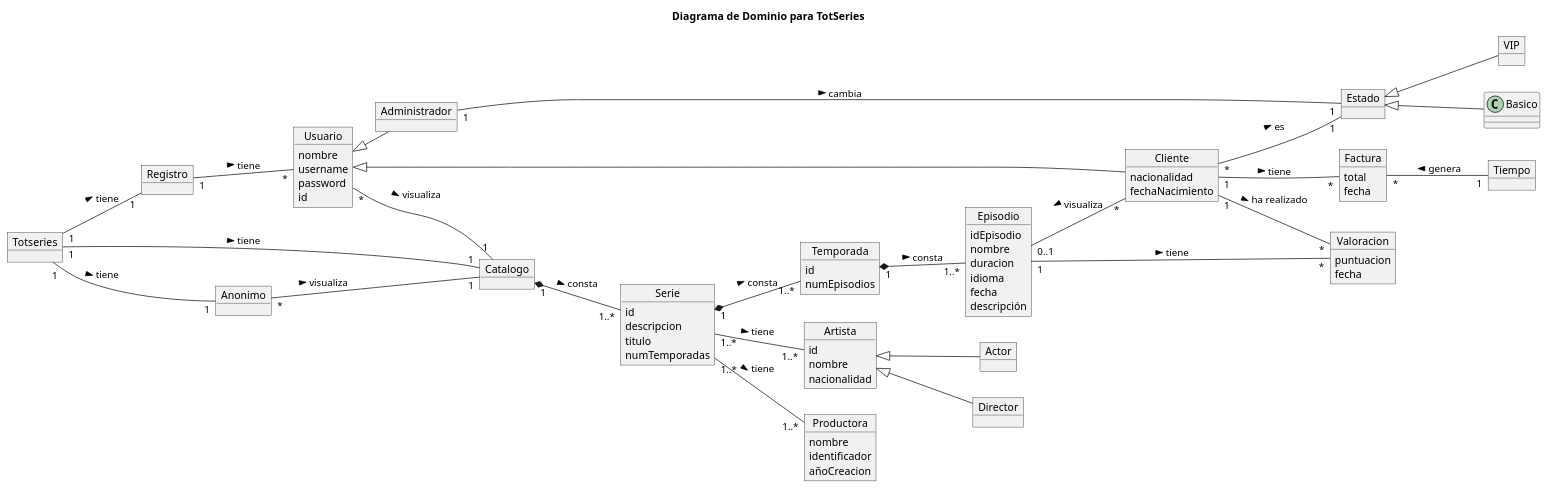
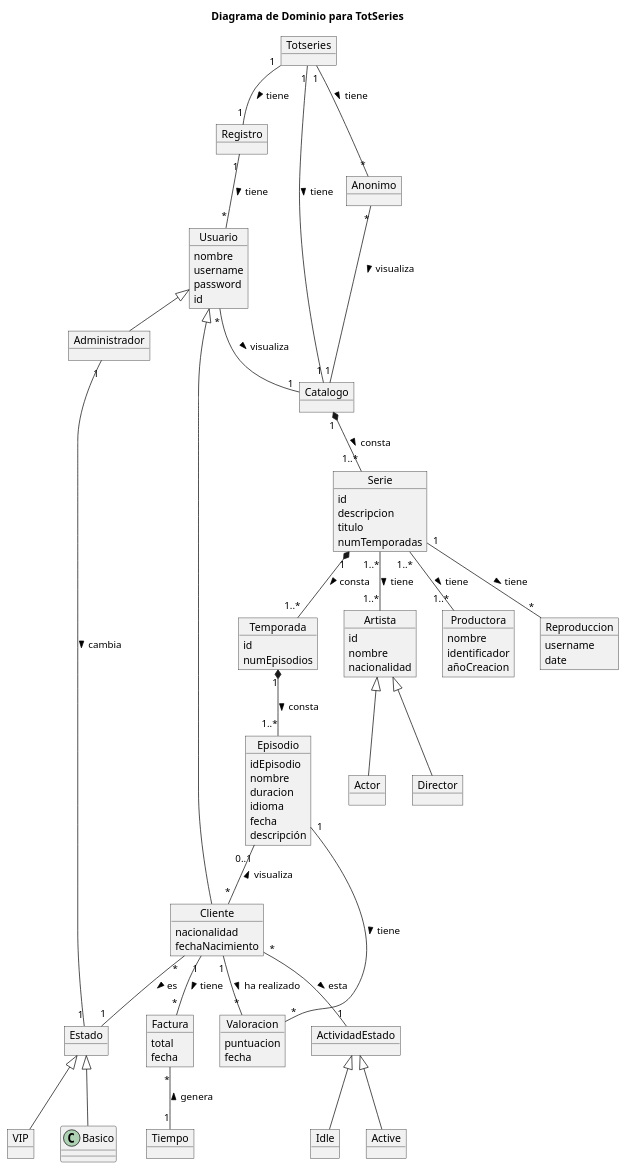
One commit to MrViciao/TotSeries changed the diagram in src/totseries/Uml/Dominio/Diagrama de dominio.puml. Above: the diagram before and after it, drawn with PlantUML. The commit also changed 5 other files, not shown here.

```diff
--- a/src/totseries/Uml/Dominio/Diagrama de dominio.puml
+++ b/src/totseries/Uml/Dominio/Diagrama de dominio.puml
@@ -1,111 +1,123 @@
 @startuml
-left to right direction
+'left to right direction
 
 title Diagrama de Dominio para TotSeries
 
 object Totseries
 
 object Episodio {
 idEpisodio
 nombre
 duracion
 idioma
 fecha
 descripción
 }
 
 object Artista {
 id
 nombre
 nacionalidad
 }
 
 object Productora {
 nombre
 identificador
 añoCreacion
 }
 
 object Cliente {
 nacionalidad
 fechaNacimiento
 }
 
 object Factura{
 total
 fecha
 }
 
 object Temporada{
 id
 numEpisodios
 }
 
 object Serie{
 id
 descripcion
 titulo
 numTemporadas
 }
 
 object Usuario{
 nombre
 username
 password
 id
 }
 
 object Anonimo{
 }
 
 object Valoracion{
 puntuacion
 fecha
 }
 
+
+object Reproduccion{
+username
+date
+}
 object Catalogo
 object Tiempo
 object VIP
+object ActividadEstado
+object Active
+object Idle
 object Administrador
 object Actor
 object Director
 object Estado
 object Registro
 
 Totseries "1" -- "1" Catalogo : tiene >
 Totseries "1" -- "1" Registro : tiene >
-Totseries "1" -- "1" Anonimo : tiene >
+Totseries "1" -- "*" Anonimo : tiene >
 
 Registro "1" -- "*" Usuario : tiene >
 Usuario <|-- Cliente
 Usuario <|- Administrador
 
 Usuario "*" -- "1" Catalogo : visualiza >
 Anonimo "*" -- "1" Catalogo : visualiza >
 
 Cliente "1" -- "*" Factura : tiene >
 Cliente "1" -- "*" Valoracion : ha realizado >
 Cliente "*" -- "1" Estado : es >
+Cliente "*" -- "1" ActividadEstado : esta >
+ActividadEstado <|-- Active
+ActividadEstado <|-- Idle
 
 Estado <|-- VIP
 Estado <|-- Basico
 
 Administrador "1" - "1" Estado : cambia >
 
 Catalogo "1" *-- "1..*" Serie : consta >
 
 Serie "1" *-- "1..*" Temporada : consta >
 Serie "1..*" -- "1..*" Artista : tiene >
 Serie "1..*"-- "1..*" Productora : tiene >
+Serie "1"-- "*" Reproduccion : tiene >
 
 Artista  <|-- Actor
 Artista  <|-- Director
 
 Temporada "1" *-- "1..*" Episodio : consta >
 
 Episodio "0..1" -- "*" Cliente : visualiza <
 Episodio "1" -- "*" Valoracion : tiene >
 
 Factura "*" -- "1" Tiempo : genera <
 
 @enduml
```
